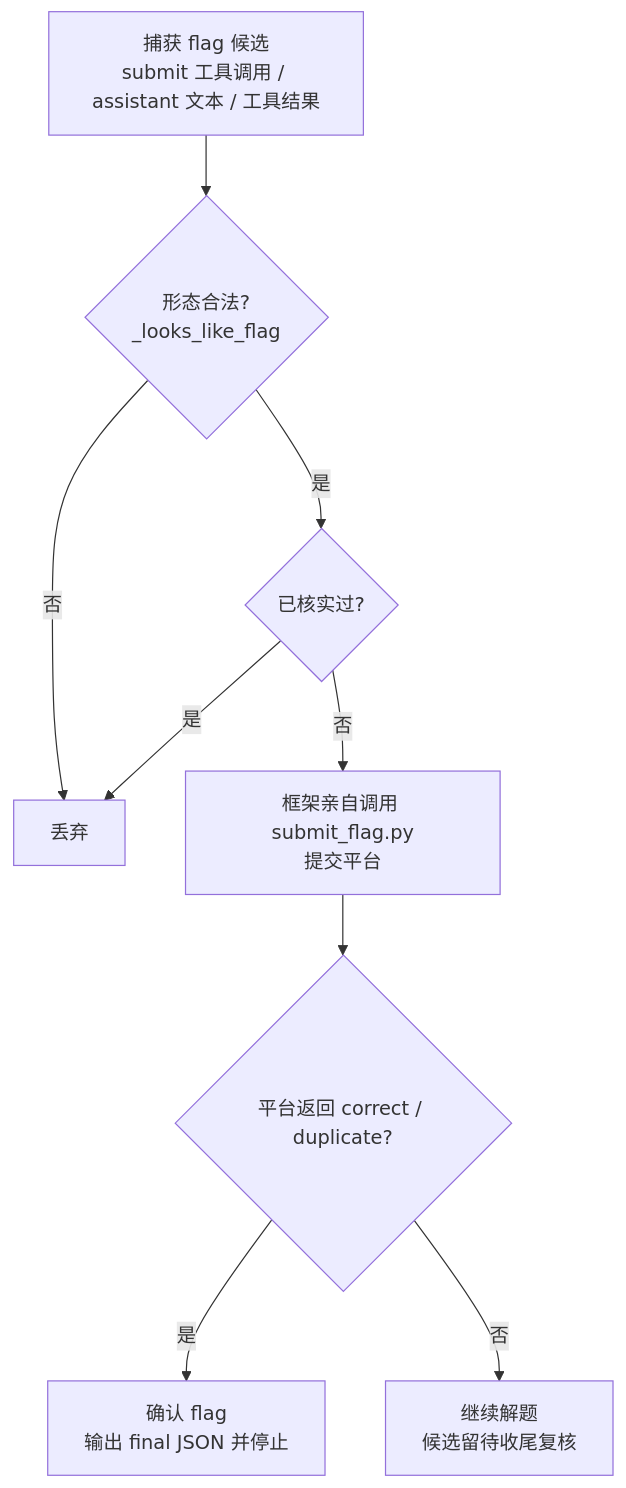
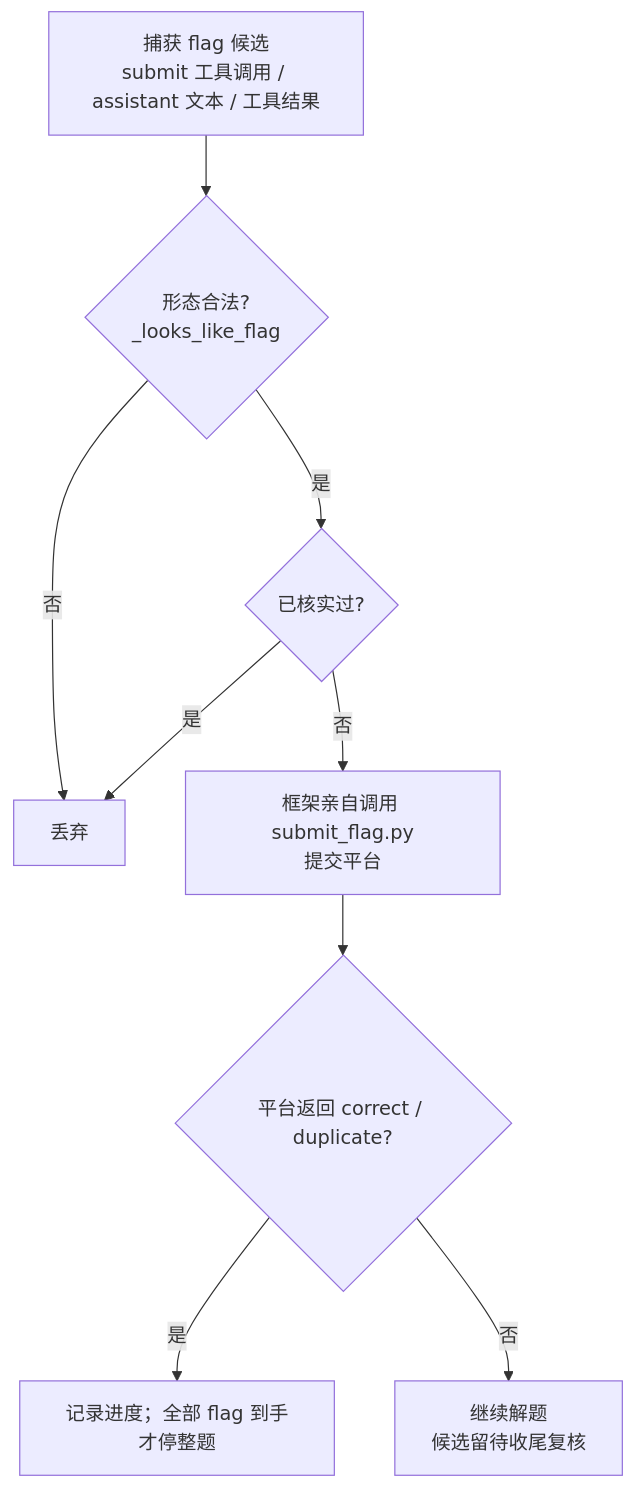
The seventh of 9 diagrams in doc/TECHNICAL_DESIGN.md (Cybersecurity-Agents/Cruiser-Agent), drawn with Mermaid before and after one commit. The commit also changed other lines of this file and 2 other files, not shown here.

````diff
--- a/doc/TECHNICAL_DESIGN.md
+++ b/doc/TECHNICAL_DESIGN.md
@@ -475,11 +483,11 @@
 ```mermaid
 flowchart TD
     A[捕获 flag 候选<br/>submit 工具调用 / assistant 文本 / 工具结果] --> B{形态合法?<br/>_looks_like_flag}
     B -->|否| Z[丢弃]
     B -->|是| C{已核实过?}
     C -->|是| Z
     C -->|否| D[框架亲自调用 submit_flag.py<br/>提交平台]
     D --> E{平台返回 correct / duplicate?}
-    E -->|是| F[确认 flag<br/>输出 final JSON 并停止]
+    E -->|是| F[记录进度；全部 flag 到手才停整题]
     E -->|否| G[继续解题<br/>候选留待收尾复核]
 ```
````
